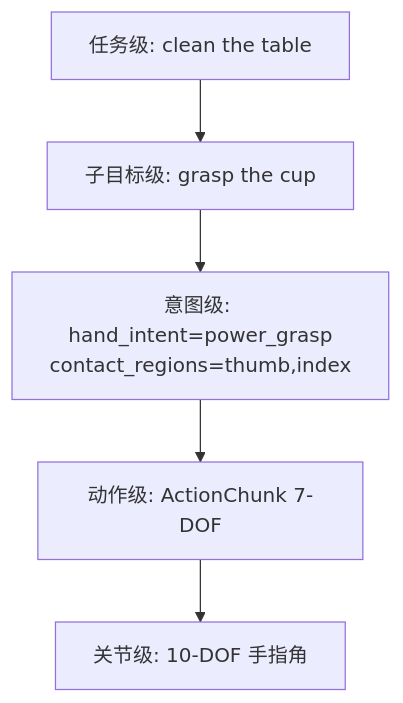
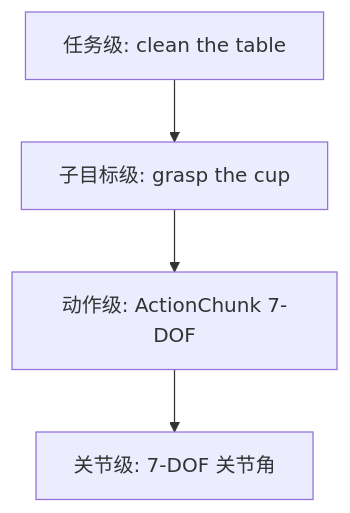
Before and after one commit to Dld0621/Embodied-AI-Zero-to-Hero: the fourth of 4 diagrams in docs/27-embodied-reasoning-and-planning.md, drawn with Mermaid. The commit also changed other lines of this file and 29 other files, not shown here.

````diff
--- a/docs/27-embodied-reasoning-and-planning.md
+++ b/docs/27-embodied-reasoning-and-planning.md
@@ -334,7 +332,6 @@
 ```mermaid
 graph TD
     L1[任务级: clean the table] --> L2[子目标级: grasp the cup]
-    L2 --> L3[意图级: hand_intent=power_grasp<br/>contact_regions=thumb,index]
-    L3 --> L4[动作级: ActionChunk 7-DOF]
-    L4 --> L5[关节级: 10-DOF 手指角]
+    L2 --> L3[动作级: ActionChunk 7-DOF]
+    L3 --> L4[关节级: 7-DOF 关节角]
 ```
````
